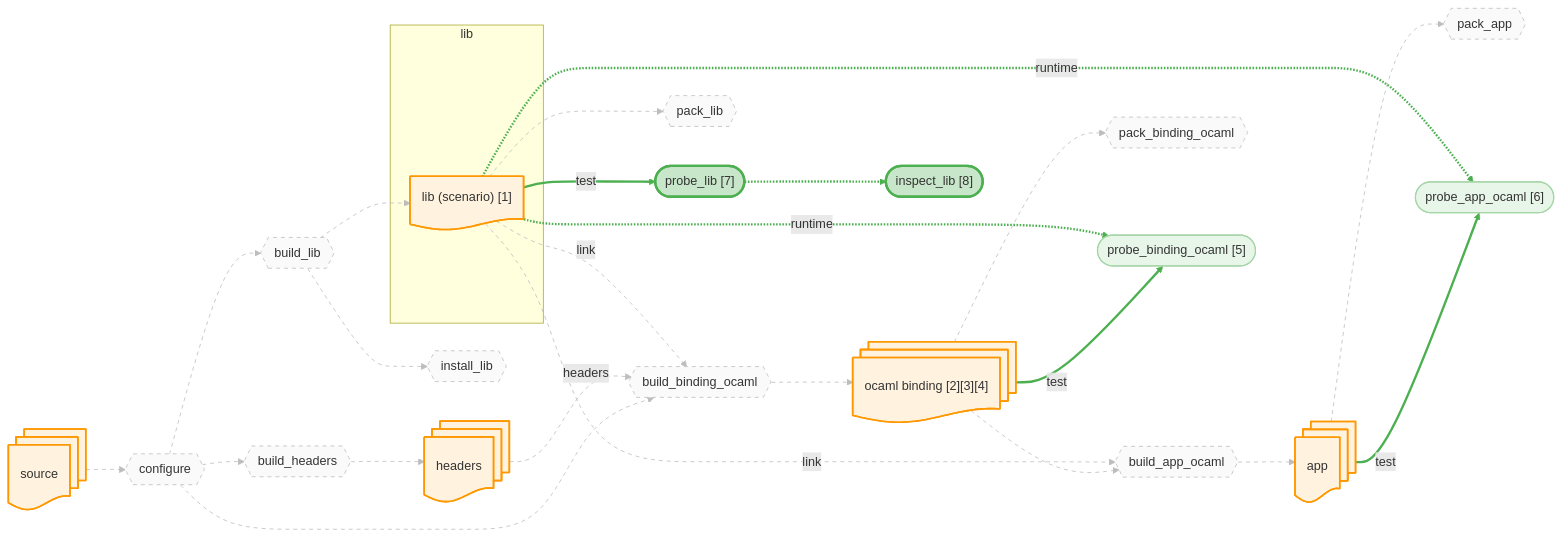
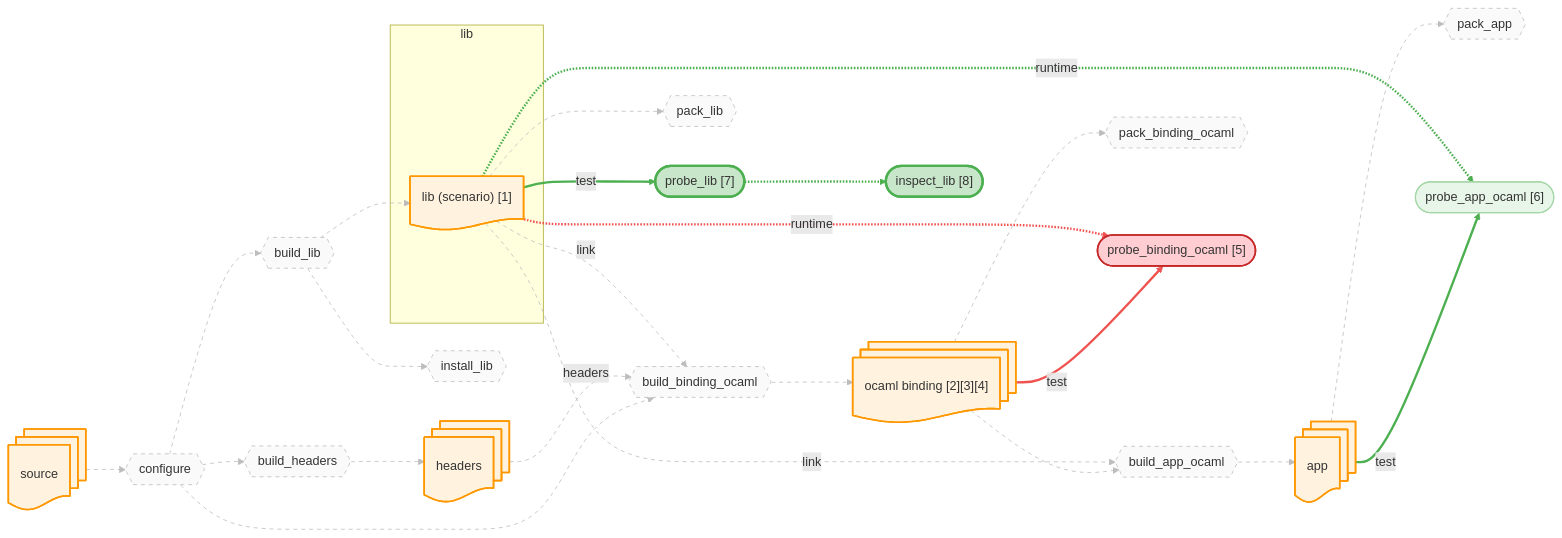
The diagram in docs/canary/projects/ssl/-run/diagrams/lib.mmd (JHU-PL-Lab/tola), drawn with Mermaid before and after one commit. The commit also changed 26 other files, not shown here.

```diff
--- a/docs/canary/projects/ssl/-run/diagrams/lib.mmd
+++ b/docs/canary/projects/ssl/-run/diagrams/lib.mmd
@@ -1,91 +1,91 @@
 %% view: lib
 graph LR
     source_node@{ shape: docs, label: "source" }
     headers_node@{ shape: docs, label: "headers" }
     subgraph lib_sg ["lib"]
       lib_fetch_node@{ shape: doc, label: "lib (scenario) [1]" }
     end
     app_node@{ shape: docs, label: "app" }
     ocaml_binding_node@{ shape: docs, label: "ocaml binding [2][3][4]" }
 
     A_configure{{"configure"}}
     A_build_headers{{"build_headers"}}
     A_build_lib{{"build_lib"}}
     A_build_binding_ocaml{{"build_binding_ocaml"}}
     A_build_app_ocaml{{"build_app_ocaml"}}
     A_install_lib{{"install_lib"}}
     A_pack_binding_ocaml{{"pack_binding_ocaml"}}
     A_pack_lib{{"pack_lib"}}
     A_pack_app{{"pack_app"}}
     A_probe_binding_ocaml(["probe_binding_ocaml [5]"])
     A_probe_app_ocaml(["probe_app_ocaml [6]"])
     A_probe_lib(["probe_lib [7]"])
     A_probe_lib_inspect(["inspect_lib [8]"])
 
     source_node --> A_configure
     A_configure --> A_build_headers
     A_build_headers --> headers_node
     A_configure --> A_build_lib
     A_build_lib --> lib_fetch_node
     A_configure --> A_build_binding_ocaml
     headers_node -.->|headers| A_build_binding_ocaml
     lib_fetch_node -.->|link| A_build_binding_ocaml
     A_build_binding_ocaml --> ocaml_binding_node
     ocaml_binding_node --> A_build_app_ocaml
     lib_fetch_node -.->|link| A_build_app_ocaml
     A_build_app_ocaml --> app_node
     A_build_lib --> A_install_lib
     ocaml_binding_node --> A_pack_binding_ocaml
     lib_fetch_node --> A_pack_lib
     app_node --> A_pack_app
     ocaml_binding_node -->|test| A_probe_binding_ocaml
     lib_fetch_node -.->|runtime| A_probe_binding_ocaml
     app_node -->|test| A_probe_app_ocaml
     lib_fetch_node -.->|runtime| A_probe_app_ocaml
     lib_fetch_node -->|test| A_probe_lib
     A_probe_lib -.-> A_probe_lib_inspect
 
     classDef artifact fill:#fff3e0,stroke:#ff9800,stroke-width:2px
     classDef action fill:#f3e5f5,stroke:#9c27b0,stroke-width:2px
     classDef st_done fill:#c8e6c9,stroke:#4caf50,stroke-width:3px
     classDef st_done_ctx fill:#e8f5e9,stroke:#a5d6a7,stroke-width:1.5px
     classDef st_expected_fail fill:#fff9c4,stroke:#f9a825,stroke-width:2px
     classDef st_failed fill:#ffcdd2,stroke:#c62828,stroke-width:2px
     classDef st_skipped fill:#f5f5f5,stroke:#9e9e9e,stroke-dasharray:5
     classDef st_nospec fill:#fafafa,stroke:#bdbdbd,stroke-dasharray:5
     class source_node,headers_node,lib_fetch_node,app_node,ocaml_binding_node artifact
     class A_configure st_nospec
     class A_build_headers st_nospec
     class A_build_lib st_nospec
     class A_build_binding_ocaml st_nospec
     class A_build_app_ocaml st_nospec
     class A_install_lib st_nospec
     class A_pack_binding_ocaml st_nospec
     class A_pack_lib st_nospec
     class A_pack_app st_nospec
-    class A_probe_binding_ocaml st_done_ctx
+    class A_probe_binding_ocaml st_failed
     class A_probe_app_ocaml st_done_ctx
     class A_probe_lib st_done
     class A_probe_lib_inspect st_done
     linkStyle 0 stroke:#bdbdbd,stroke-width:1px,stroke-dasharray:5
     linkStyle 1 stroke:#bdbdbd,stroke-width:1px,stroke-dasharray:5
     linkStyle 2 stroke:#bdbdbd,stroke-width:1px,stroke-dasharray:5
     linkStyle 3 stroke:#bdbdbd,stroke-width:1px,stroke-dasharray:5
     linkStyle 4 stroke:#bdbdbd,stroke-width:1px,stroke-dasharray:5
     linkStyle 5 stroke:#bdbdbd,stroke-width:1px,stroke-dasharray:5
     linkStyle 6 stroke:#bdbdbd,stroke-width:1px,stroke-dasharray:5
     linkStyle 7 stroke:#bdbdbd,stroke-width:1px,stroke-dasharray:5
     linkStyle 8 stroke:#bdbdbd,stroke-width:1px,stroke-dasharray:5
     linkStyle 9 stroke:#bdbdbd,stroke-width:1px,stroke-dasharray:5
     linkStyle 10 stroke:#bdbdbd,stroke-width:1px,stroke-dasharray:5
     linkStyle 11 stroke:#bdbdbd,stroke-width:1px,stroke-dasharray:5
     linkStyle 12 stroke:#bdbdbd,stroke-width:1px,stroke-dasharray:5
     linkStyle 13 stroke:#bdbdbd,stroke-width:1px,stroke-dasharray:5
     linkStyle 14 stroke:#bdbdbd,stroke-width:1px,stroke-dasharray:5
     linkStyle 15 stroke:#bdbdbd,stroke-width:1px,stroke-dasharray:5
-    linkStyle 16 stroke:#4caf50,stroke-width:3px
-    linkStyle 17 stroke:#4caf50,stroke-width:3px
+    linkStyle 16 stroke:#ef5350,stroke-width:3px
+    linkStyle 17 stroke:#ef5350,stroke-width:3px
     linkStyle 18 stroke:#4caf50,stroke-width:3px
     linkStyle 19 stroke:#4caf50,stroke-width:3px
     linkStyle 20 stroke:#4caf50,stroke-width:3px
     linkStyle 21 stroke:#4caf50,stroke-width:3px
```
